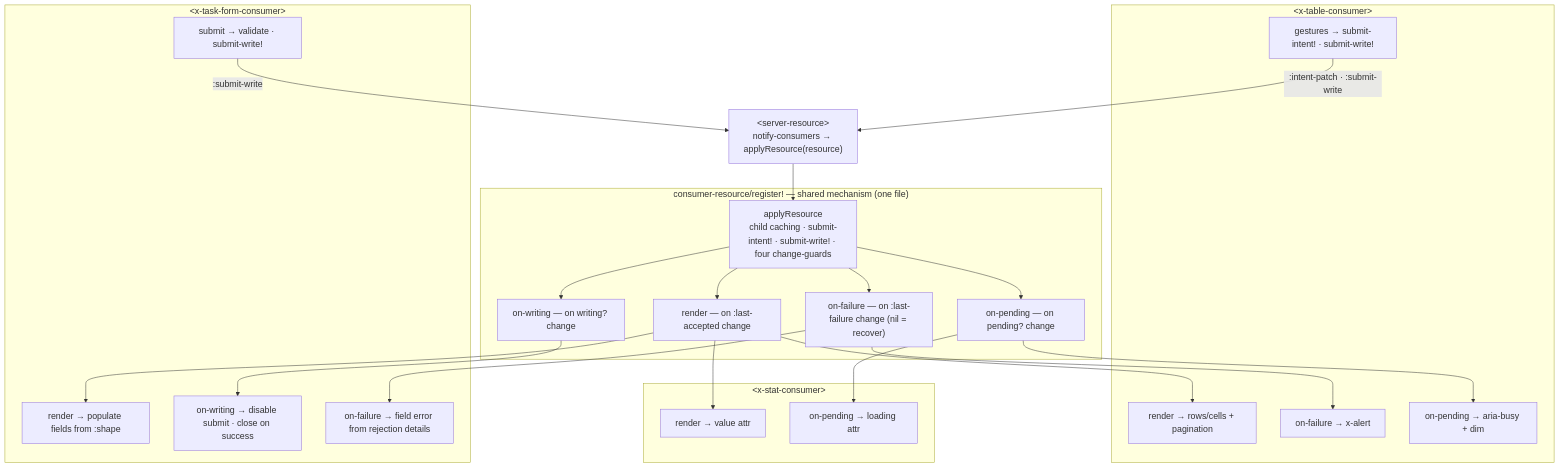
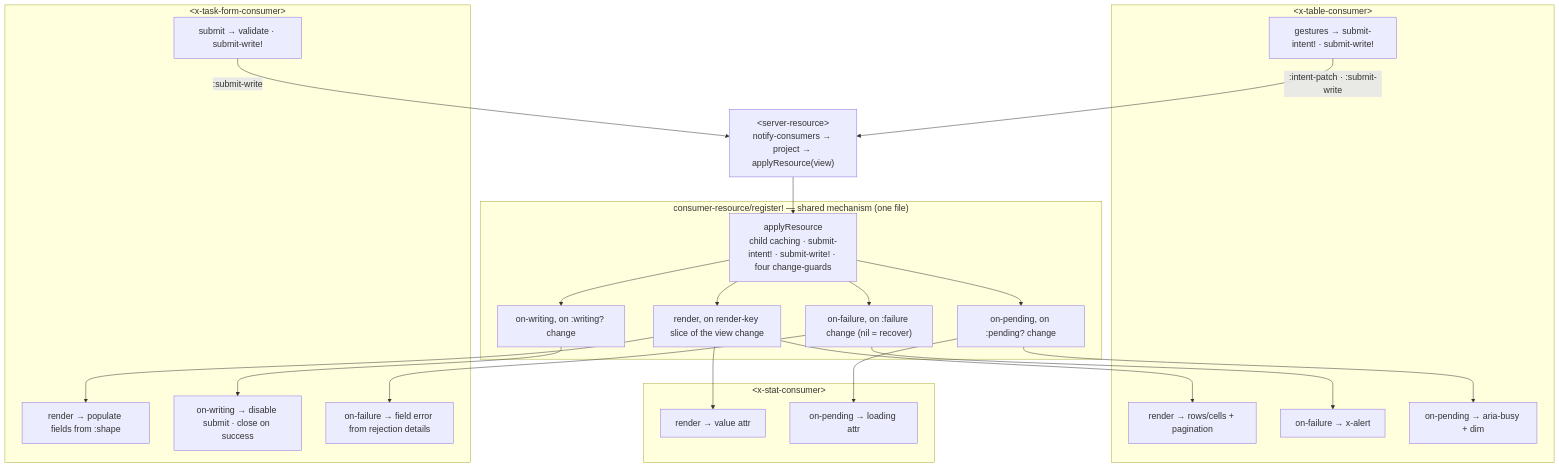
Before and after one commit to avanelsas/baredom: the third of 3 diagrams in barebuild/docs/architecture-diagram.md, drawn with Mermaid. The commit also changed other lines of this file and 16 other files, not shown here.

First line of the commit message:
Project a resource into a view before handing it to consumers (#316)

````diff
--- a/barebuild/docs/architecture-diagram.md
+++ b/barebuild/docs/architecture-diagram.md
@@ -121,48 +122,48 @@
 ```mermaid
 %%{init: {'themeVariables': {'fontSize': '18px'}}}%%
 flowchart TB
-  SR["&lt;server-resource&gt;<br/>notify-consumers → applyResource(resource)"]
+  SR["&lt;server-resource&gt;<br/>notify-consumers → project → applyResource(view)"]
 
   subgraph MECH["consumer-resource/register! — shared mechanism (one file)"]
     APPLY["applyResource<br/>child caching · submit-intent! · submit-write! · four change-guards"]
-    G1["render — on :last-accepted change"]
-    G2["on-failure — on :last-failure change (nil = recover)"]
-    G3["on-pending — on pending? change"]
-    G4["on-writing — on writing? change"]
+    G1["render, on render-key slice of the view change"]
+    G2["on-failure, on :failure change (nil = recover)"]
+    G3["on-pending, on :pending? change"]
+    G4["on-writing, on :writing? change"]
     APPLY --> G1
     APPLY --> G2
     APPLY --> G3
     APPLY --> G4
   end
 
   subgraph TABLE["&lt;x-table-consumer&gt;"]
     TR["render → rows/cells + pagination"]
     TF["on-failure → x-alert"]
     TP["on-pending → aria-busy + dim"]
     TG["gestures → submit-intent! · submit-write!"]
   end
 
   subgraph FORM["&lt;x-task-form-consumer&gt;"]
     FR["render → populate fields from :shape"]
     FW["on-writing → disable submit · close on success"]
     FF["on-failure → field error from rejection details"]
     FG["submit → validate · submit-write!"]
   end
 
   subgraph STAT["&lt;x-stat-consumer&gt;"]
     ST["render → value attr"]
     SP["on-pending → loading attr"]
   end
 
   SR --> APPLY
   G1 --> TR
   G2 --> TF
   G3 --> TP
   G1 --> ST
   G3 --> SP
   G1 --> FR
   G2 --> FF
   G4 --> FW
   TG -->|":intent-patch · :submit-write"| SR
   FG -->|":submit-write"| SR
 ```
````
